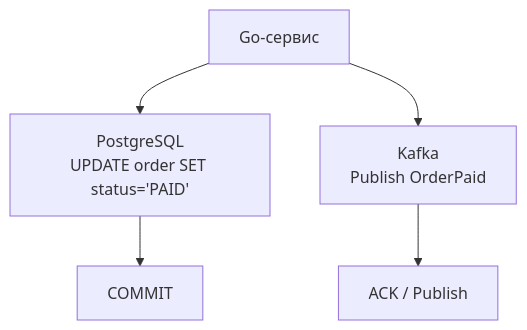
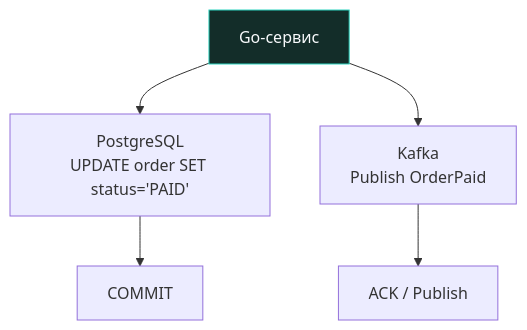
Before and after one commit to UnrealTemplier/go-textbook: the first of 2 diagrams in sources/12. Базы данных/10. Практика и архитектура/11. Outbox pattern.md, drawn with Mermaid. The commit also changed 1666 other files, not shown here.

First line of the commit message:
feat(mermaid): add semantic color classDef to 1369 colorless flowchart/graph diagrams

````diff
--- a/sources/12. Базы данных/10. Практика и архитектура/11. Outbox pattern.md
+++ b/sources/12. Базы данных/10. Практика и архитектура/11. Outbox pattern.md
@@ -15,7 +15,17 @@
 ```mermaid
 flowchart TD
-    Service["Go-сервис"] --> DB["PostgreSQL<br>UPDATE order SET status='PAID'"]
+    classDef process  fill:#1e293b,stroke:#38bdf8,stroke-width:1px,color:#f8fafc
+    classDef success  fill:#064e3b,stroke:#34d399,stroke-width:1px,color:#f8fafc
+    classDef error    fill:#7f1d1d,stroke:#f87171,stroke-width:1px,color:#f8fafc
+    classDef warning  fill:#78350f,stroke:#fbbf24,stroke-width:1px,color:#f8fafc
+    classDef entry    fill:#1e3a5f,stroke:#38bdf8,stroke-width:2px,color:#f8fafc
+    classDef aux      fill:#334155,stroke:#64748b,stroke-width:1px,color:#f8fafc
+    classDef system   fill:#312e81,stroke:#a78bfa,stroke-width:1px,color:#f8fafc
+    classDef data     fill:#132d29,stroke:#2dd4bf,stroke-width:1px,color:#f8fafc
+    classDef network  fill:#881337,stroke:#fb7185,stroke-width:1px,color:#f8fafc
+    classDef accent   fill:#1e1b4b,stroke:#818cf8,stroke-width:1px,color:#f8fafc
+    Service["Go-сервис"]:::data --> DB["PostgreSQL<br>UPDATE order SET status='PAID'"]
     Service --> MQ["Kafka<br>Publish OrderPaid"]
     DB --> Commit["COMMIT"]
     MQ --> Ack["ACK / Publish"]
 ```
````
